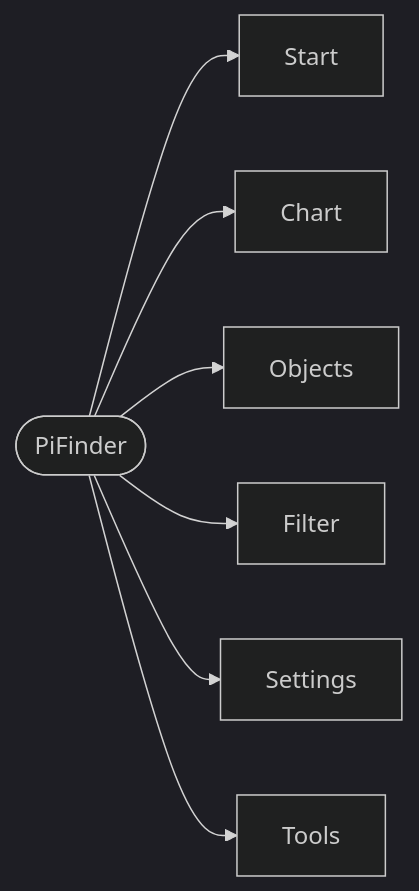
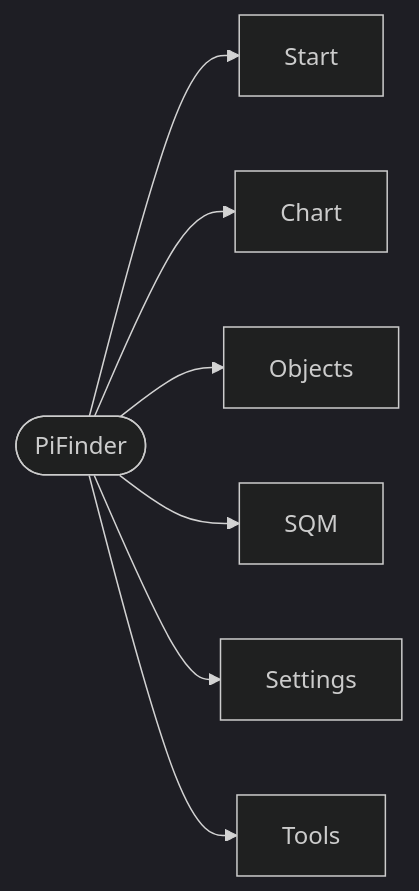
One commit to brickbots/PiFinder changed the first of 5 diagrams in docs/source/menu_map.rst. Above: the diagram before and after it, drawn with Mermaid (dark theme). The commit also changed other lines of this file and 16 other files, not shown here.

```diff
--- a/docs/source/menu_map.rst
+++ b/docs/source/menu_map.rst
@@ -18,9 +18,9 @@
 .. mermaid::
 
    flowchart LR
        PF([PiFinder]) --> Start
        PF --> Chart
        PF --> Objects
-       PF --> Filter
+       PF --> SQM
        PF --> Settings
        PF --> Tools
```
